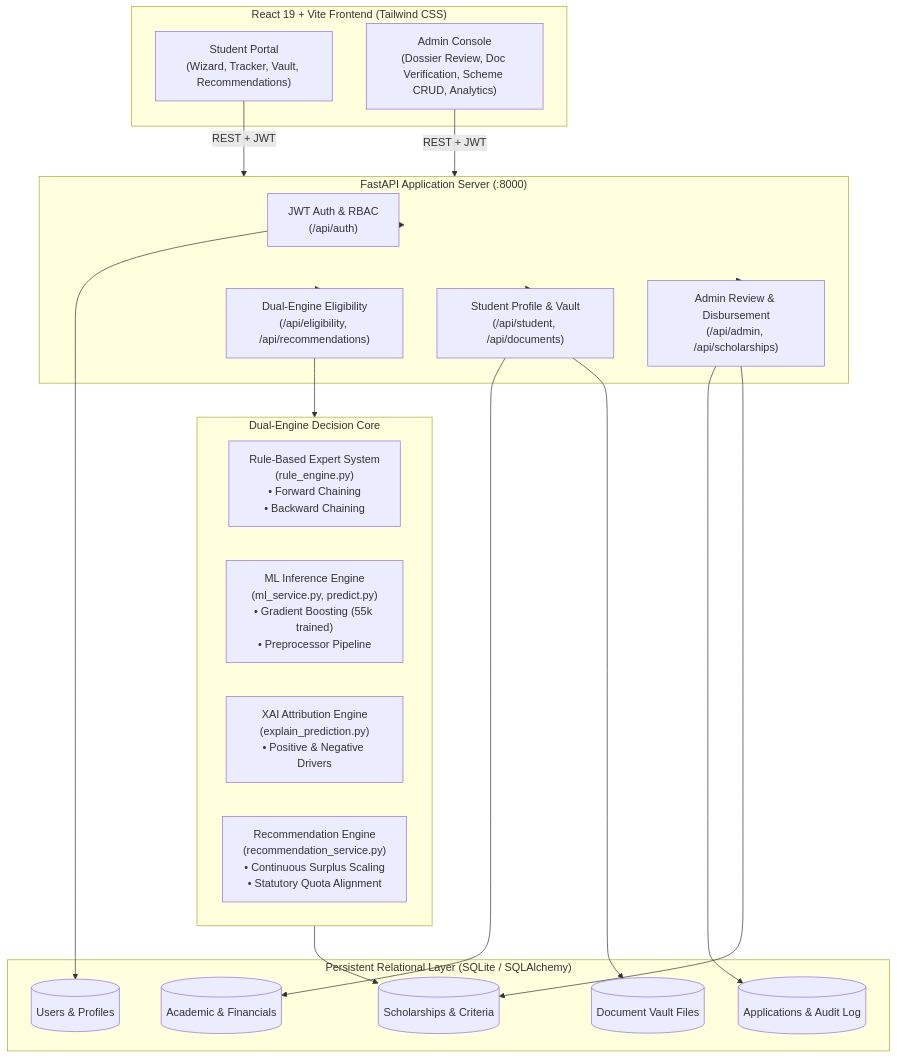
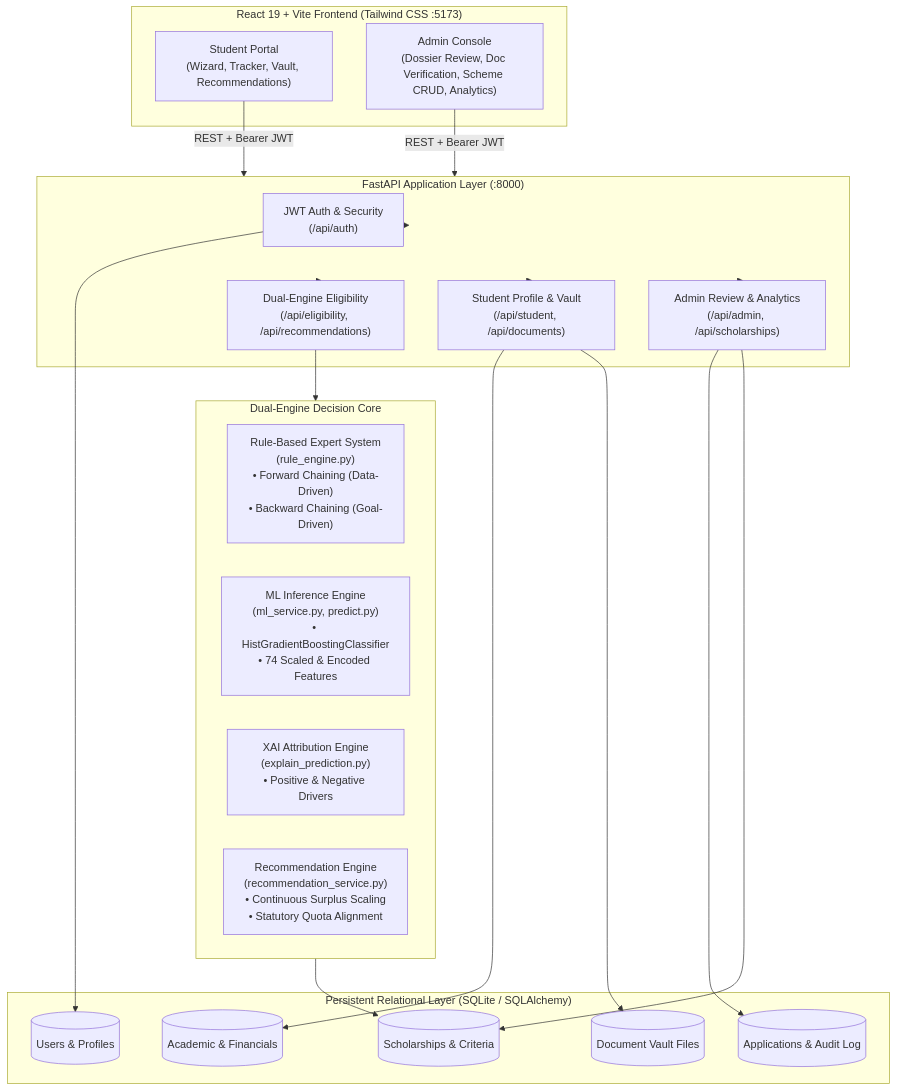
The diagram in README.md (devanginijadhav22-cpu/AI_mini_project_new), drawn with Mermaid before and after one commit. The commit also changed other lines of this file and 11 other files, not shown here.

Commit message:
feat: complete verified System Analytics & Inclusivity Reports, update project documentation, and add test suites

````diff
--- a/README.md
+++ b/README.md
@@ -37,47 +72,47 @@
 ```mermaid
 graph TD
-    subgraph Client["React 19 + Vite Frontend (Tailwind CSS)"]
+    subgraph Client["React 19 + Vite Frontend (Tailwind CSS :5173)"]
         UI_Student["Student Portal<br/>(Wizard, Tracker, Vault, Recommendations)"]
         UI_Admin["Admin Console<br/>(Dossier Review, Doc Verification, Scheme CRUD, Analytics)"]
     end
 
-    subgraph Gateway["FastAPI Application Server (:8000)"]
-        AUTH["JWT Auth & RBAC<br/>(/api/auth)"]
+    subgraph Gateway["FastAPI Application Layer (:8000)"]
+        AUTH["JWT Auth & Security<br/>(/api/auth)"]
         STUDENT_API["Student Profile & Vault<br/>(/api/student, /api/documents)"]
         ELIG_API["Dual-Engine Eligibility<br/>(/api/eligibility, /api/recommendations)"]
-        ADMIN_API["Admin Review & Disbursement<br/>(/api/admin, /api/scholarships)"]
+        ADMIN_API["Admin Review & Analytics<br/>(/api/admin, /api/scholarships)"]
     end
 
     subgraph DualEngine["Dual-Engine Decision Core"]
-        RE["Rule-Based Expert System<br/>(rule_engine.py)<br/>• Forward Chaining<br/>• Backward Chaining"]
-        ML["ML Inference Engine<br/>(ml_service.py, predict.py)<br/>• Gradient Boosting (55k trained)<br/>• Preprocessor Pipeline"]
+        RE["Rule-Based Expert System<br/>(rule_engine.py)<br/>• Forward Chaining (Data-Driven)<br/>• Backward Chaining (Goal-Driven)"]
+        ML["ML Inference Engine<br/>(ml_service.py, predict.py)<br/>• HistGradientBoostingClassifier<br/>• 74 Scaled & Encoded Features"]
         XAI["XAI Attribution Engine<br/>(explain_prediction.py)<br/>• Positive & Negative Drivers"]
         REC["Recommendation Engine<br/>(recommendation_service.py)<br/>• Continuous Surplus Scaling<br/>• Statutory Quota Alignment"]
     end
 
     subgraph Storage["Persistent Relational Layer (SQLite / SQLAlchemy)"]
         DB_USERS[(Users & Profiles)]
         DB_RECORDS[(Academic & Financials)]
         DB_SCHOLARSHIPS[(Scholarships & Criteria)]
         DB_APPS[(Applications & Audit Log)]
         DB_DOCS[(Document Vault Files)]
     end
 
-    UI_Student -->|REST + JWT| Gateway
-    UI_Admin -->|REST + JWT| Gateway
+    UI_Student -->|REST + Bearer JWT| Gateway
+    UI_Admin -->|REST + Bearer JWT| Gateway
 
     Gateway --> AUTH
     AUTH --> DB_USERS
 
     Gateway --> ELIG_API
     ELIG_API --> DualEngine
     DualEngine --> DB_SCHOLARSHIPS
 
     Gateway --> STUDENT_API
     STUDENT_API --> DB_RECORDS
     STUDENT_API --> DB_DOCS
 
     Gateway --> ADMIN_API
     ADMIN_API --> DB_APPS
     ADMIN_API --> DB_SCHOLARSHIPS
 ```
````
